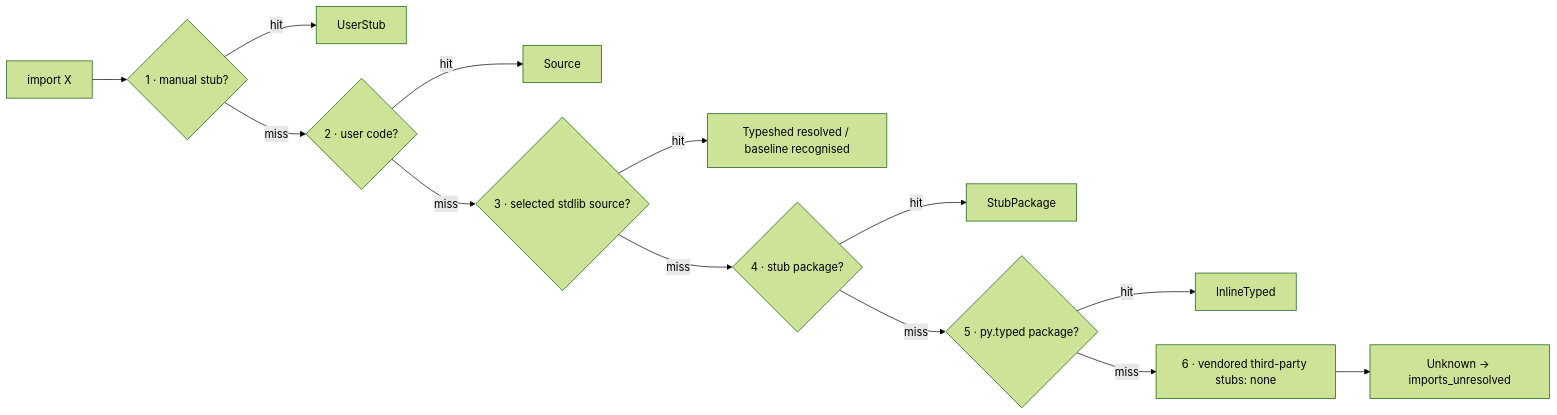
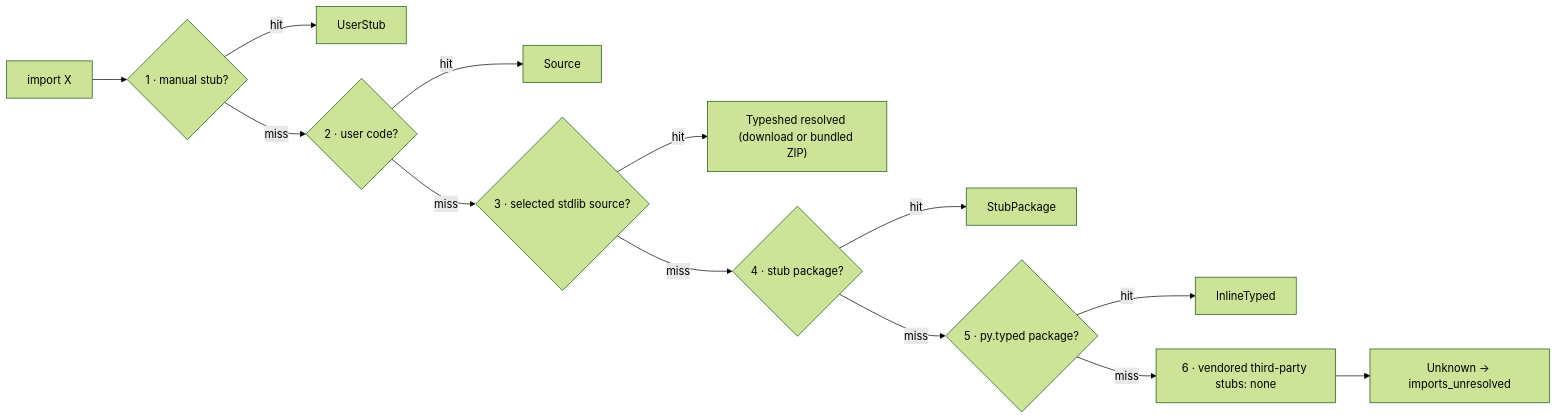
Before and after one commit to Nimblesite/Basilisk: the diagram in docs/specs/CHECKER-STUB-RESOLUTION-SPEC.md, drawn with Mermaid (forest theme). The commit also changed other lines of this file and 2 other files, not shown here.

````diff
--- a/docs/specs/CHECKER-STUB-RESOLUTION-SPEC.md
+++ b/docs/specs/CHECKER-STUB-RESOLUTION-SPEC.md
@@ -169,15 +169,15 @@
 ```mermaid
 flowchart LR
     A["import X"] --> S1{"1 · manual stub?"}
     S1 -- hit --> R1["UserStub"]
     S1 -- miss --> S2{"2 · user code?"}
     S2 -- hit --> R2["Source"]
     S2 -- miss --> S3{"3 · selected stdlib source?"}
-    S3 -- hit --> R3["Typeshed resolved / baseline recognised"]
+    S3 -- hit --> R3["Typeshed resolved (download or bundled ZIP)"]
     S3 -- miss --> S4{"4 · stub package?"}
     S4 -- hit --> R4["StubPackage"]
     S4 -- miss --> S5{"5 · py.typed package?"}
     S5 -- hit --> R5["InlineTyped"]
     S5 -- miss --> S6["6 · vendored third-party stubs: none"]
     S6 --> U["Unknown → imports_unresolved"]
 ```
````
